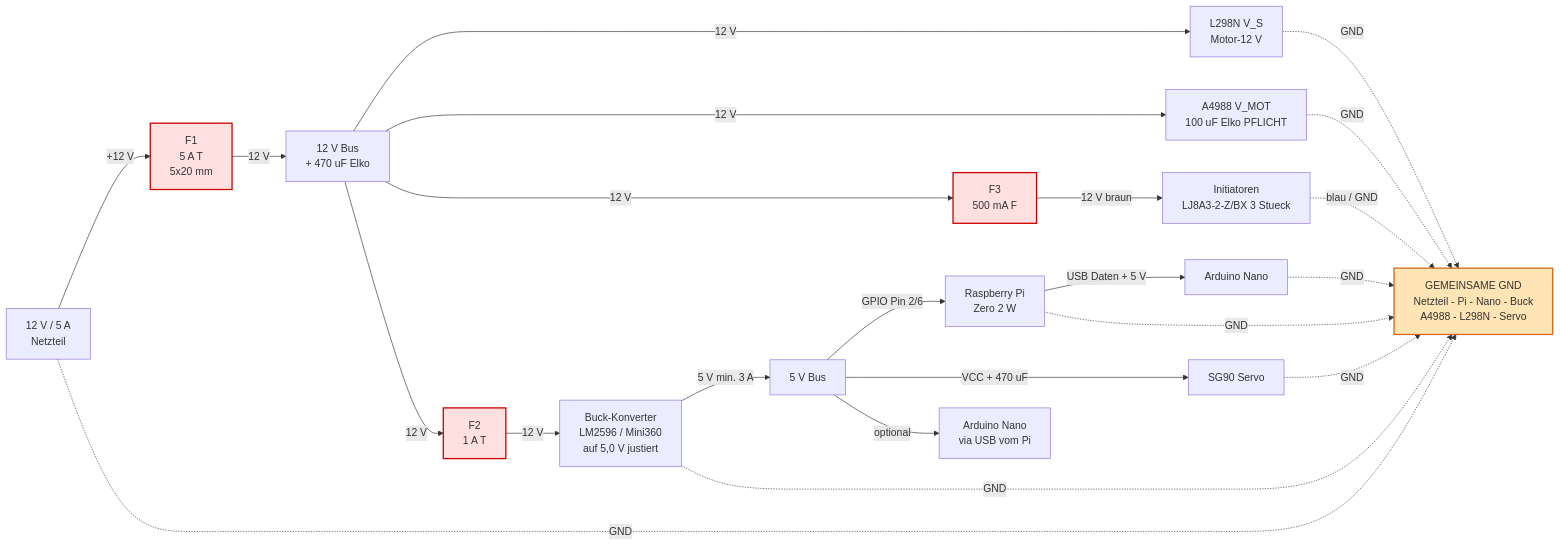
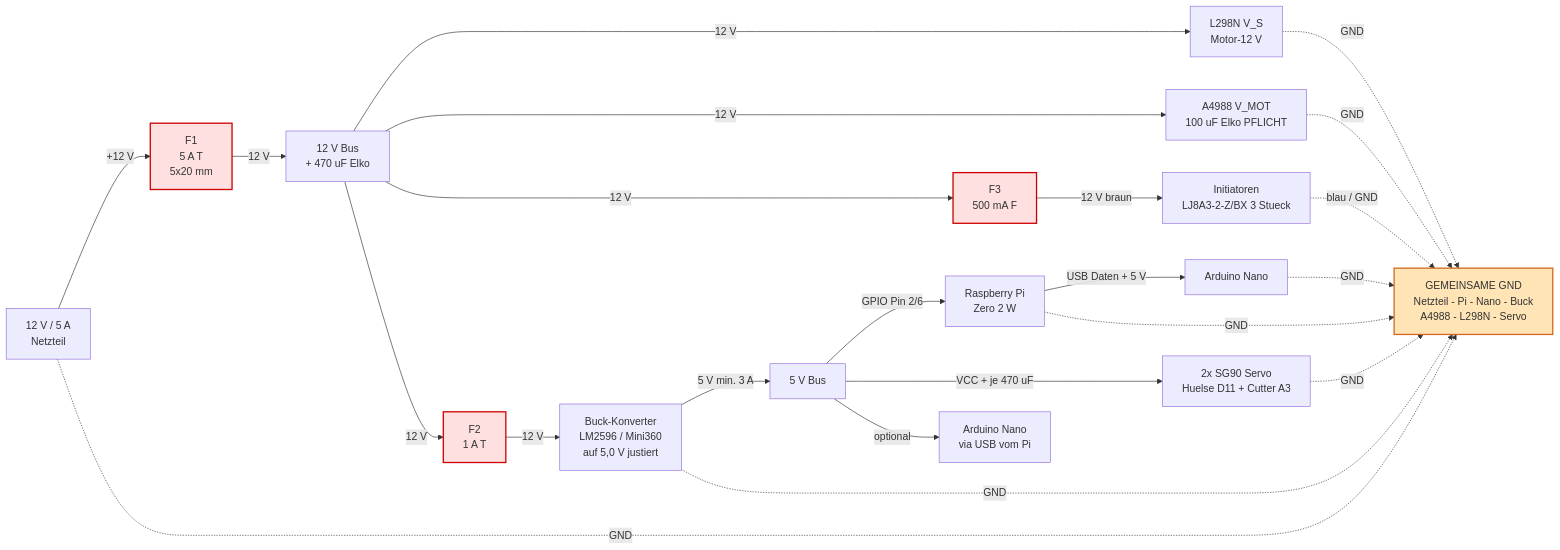
The first of 3 diagrams in docs/wiring.md (JohnsonRepo/stopf), drawn with Mermaid before and after one commit. The commit also changed other lines of this file and 13 other files, not shown here.

First line of the commit message:
feat: Spitzen-Cutter (Servo-Guillotine, A3) — Firmware v0.5.0 + Doku

````diff
--- a/docs/wiring.md
+++ b/docs/wiring.md
@@ -13,33 +13,33 @@
 ```mermaid
 flowchart LR
     PSU["12 V / 5 A<br/>Netzteil"] -->|+12 V| F1["F1<br/>5 A T<br/>5x20 mm"]
     F1 -->|12 V| BUS12["12 V Bus<br/>+ 470 uF Elko"]
     BUS12 -->|12 V| L298N_VS["L298N V_S<br/>Motor-12 V"]
     BUS12 -->|12 V| A4988_VMOT["A4988 V_MOT<br/>100 uF Elko PFLICHT"]
     BUS12 -->|12 V| F3["F3<br/>500 mA F"]
     F3 -->|12 V braun| INIT["Initiatoren<br/>LJ8A3-2-Z/BX 3 Stueck"]
     BUS12 -->|12 V| F2["F2<br/>1 A T"]
     F2 -->|12 V| BUCK["Buck-Konverter<br/>LM2596 / Mini360<br/>auf 5,0 V justiert"]
 
     BUCK -->|5 V min. 3 A| BUS5["5 V Bus"]
     BUS5 -->|GPIO Pin 2/6| PI["Raspberry Pi<br/>Zero 2 W"]
-    BUS5 -->|VCC + 470 uF| SERVO["SG90 Servo"]
+    BUS5 -->|VCC + je 470 uF| SERVO["2x SG90 Servo<br/>Huelse D11 + Cutter A3"]
     BUS5 -->|optional| NANO_5V["Arduino Nano<br/>via USB vom Pi"]
 
     PI -->|USB Daten + 5 V| NANO["Arduino Nano"]
 
     GND_BUS["GEMEINSAME GND<br/>Netzteil - Pi - Nano - Buck<br/>A4988 - L298N - Servo"]
     PSU -.->|GND| GND_BUS
     BUCK -.->|GND| GND_BUS
     NANO -.->|GND| GND_BUS
     PI -.->|GND| GND_BUS
     L298N_VS -.->|GND| GND_BUS
     A4988_VMOT -.->|GND| GND_BUS
     SERVO -.->|GND| GND_BUS
     INIT -.->|blau / GND| GND_BUS
 
     classDef warn fill:#ffe4b5,stroke:#d2691e,stroke-width:2px;
     classDef fuse fill:#ffe0e0,stroke:#cc0000,stroke-width:2px;
     class GND_BUS warn;
     class F1,F2,F3 fuse;
 ```
````
